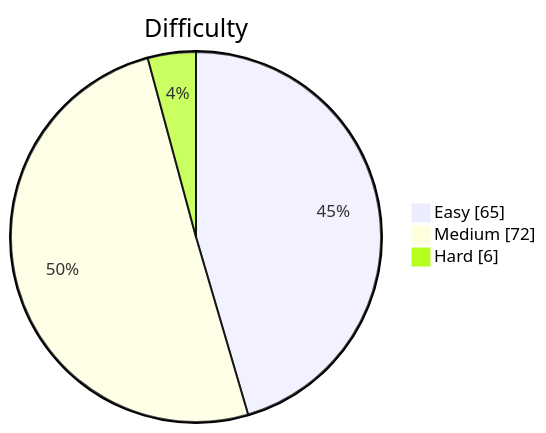
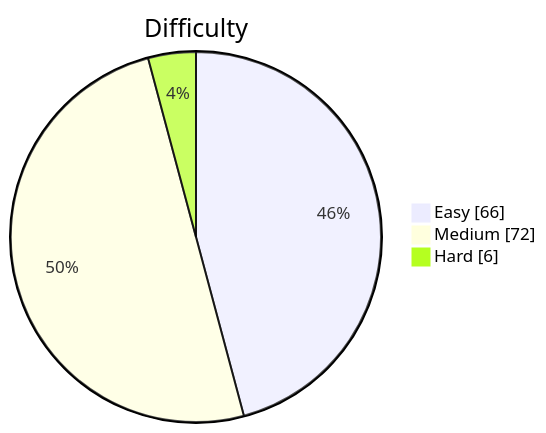
The diagram in README.md (kevstevie/python-algo-practice), drawn with Mermaid before and after one commit. The commit also changed other lines of this file, not shown here.

````diff
--- a/README.md
+++ b/README.md
@@ -13,7 +13,7 @@
 ```mermaid
 pie showData
     title Difficulty
-    "Easy"   : 65
+    "Easy"   : 66
     "Medium" : 72
     "Hard"   : 6
 ```
````
